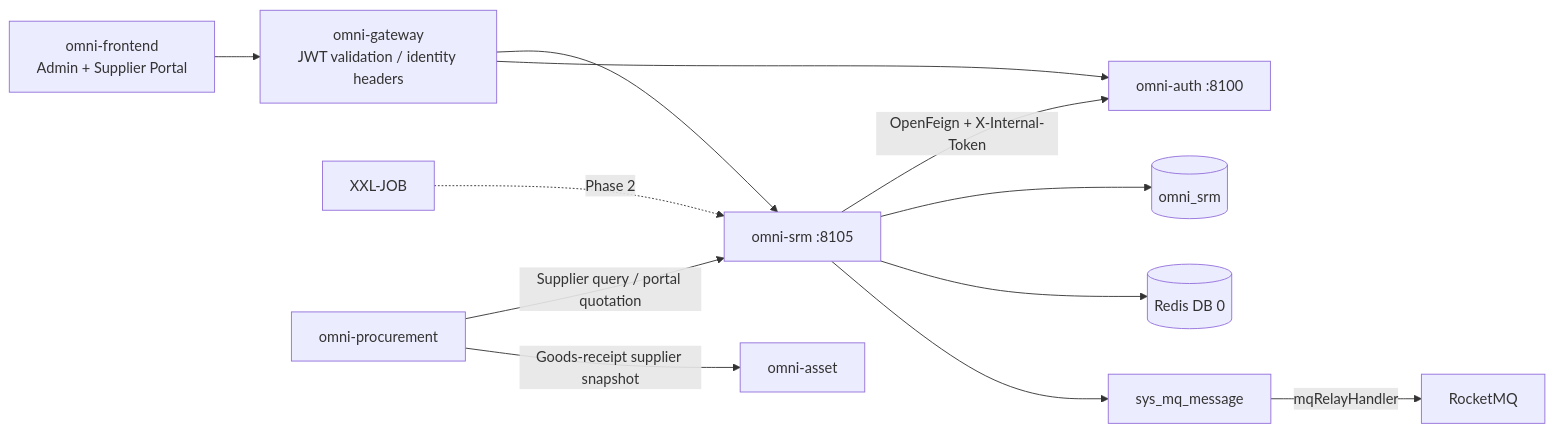
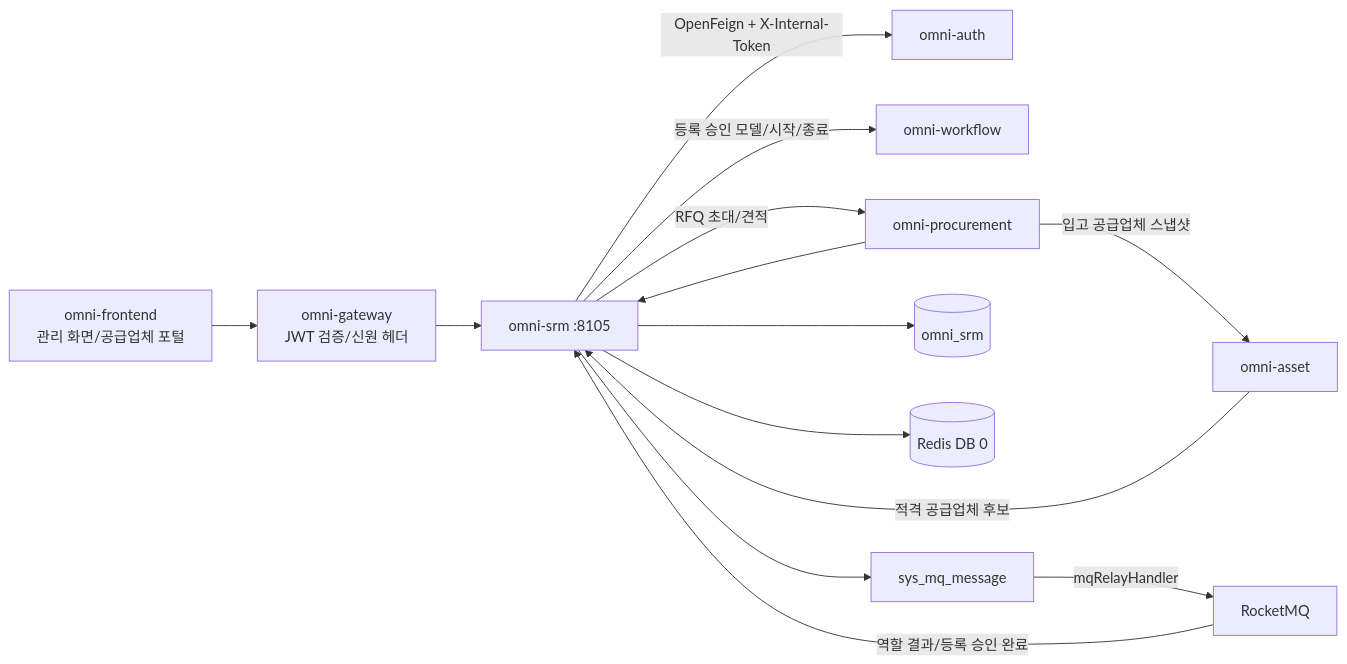
Before and after one commit to wang-baohai/Omni-Stack: the first of 5 diagrams in docs/design/srm-design.kr.md, drawn with Mermaid. The commit also changed other lines of this file and 1095 other files, not shown here.

````diff
--- a/docs/design/srm-design.kr.md
+++ b/docs/design/srm-design.kr.md
@@ -69,14 +73,16 @@
 ```mermaid
 flowchart LR
-    UI["omni-frontend<br/>Admin + Supplier Portal"] --> GW["omni-gateway<br/>JWT validation / identity headers"]
+    UI["omni-frontend<br/>관리 화면/공급업체 포털"] --> GW["omni-gateway<br/>JWT 검증/신원 헤더"]
     GW --> SRM["omni-srm :8105"]
-    GW --> AUTH["omni-auth :8100"]
-    SRM -->|"OpenFeign + X-Internal-Token"| AUTH
+    SRM -->|"OpenFeign + X-Internal-Token"| AUTH["omni-auth"]
+    SRM -->|"등록 승인 모델/시작/종료"| WF["omni-workflow"]
+    SRM -->|"RFQ 초대/견적"| PROC["omni-procurement"]
+    PROC --> SRM
+    ASSET["omni-asset"] -->|"적격 공급업체 후보"| SRM
+    PROC -->|"입고 공급업체 스냅샷"| ASSET
     SRM --> DB[("omni_srm")]
     SRM --> R[("Redis DB 0")]
     SRM --> O["sys_mq_message"]
     O -->|"mqRelayHandler"| MQ["RocketMQ"]
-    XXL["XXL-JOB"] -. "Phase 2" .-> SRM
-    PROC["omni-procurement"] -->|"Supplier query / portal quotation"| SRM
-    PROC -->|"Goods-receipt supplier snapshot"| ASSET["omni-asset"]
+    MQ -->|"역할 결과/등록 승인 완료"| SRM
 ```
````
